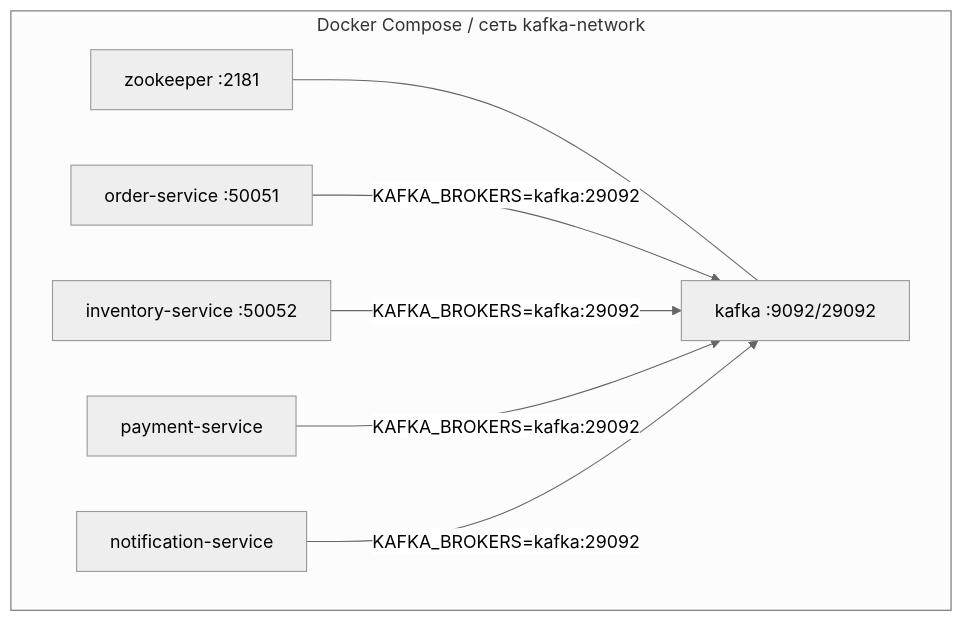
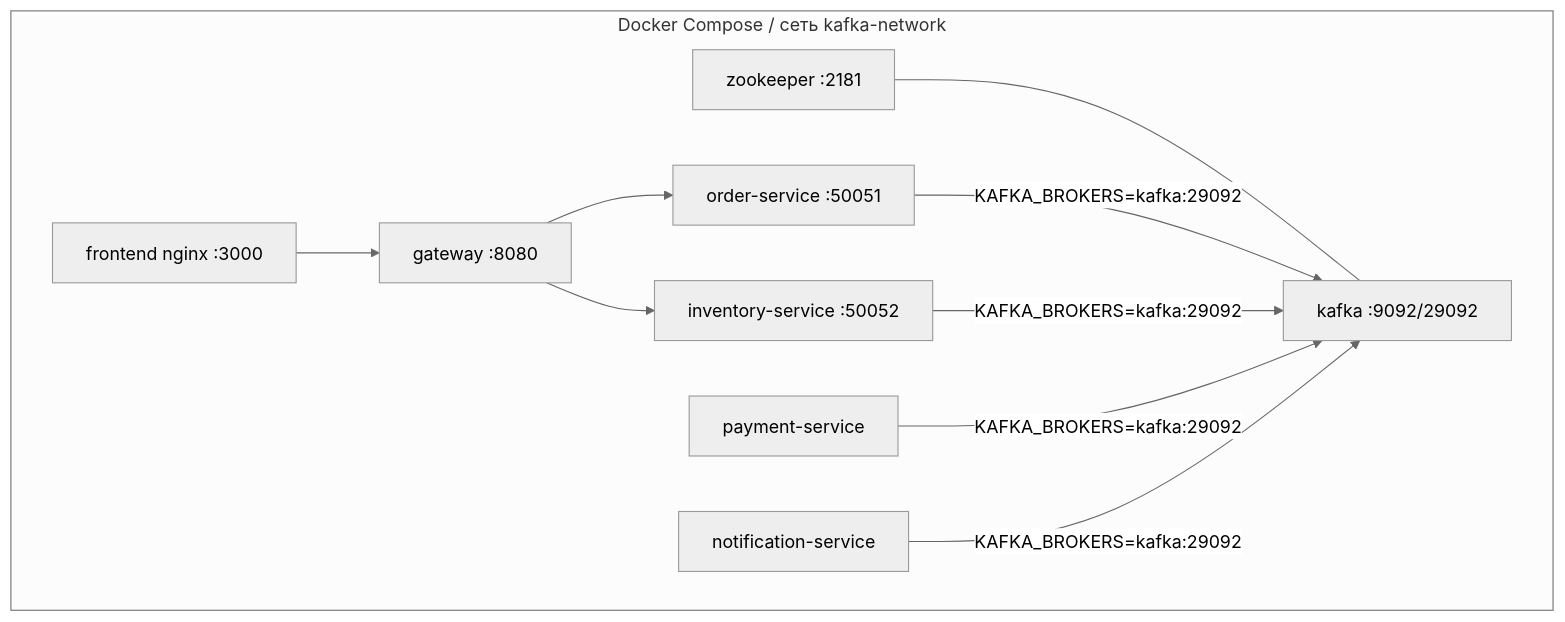
One commit to DragonZero000/Event-Driven-Order-Processing-System changed the fourth of 4 diagrams in README.md. Above: the diagram before and after it, drawn with Mermaid (neutral theme). The commit also changed other lines of this file and 16 other files, not shown here.

````diff
--- a/README.md
+++ b/README.md
@@ -126,11 +128,14 @@
 ```mermaid
 flowchart TB
     subgraph Docker Compose / сеть kafka-network
         ZK[zookeeper :2181] --- KF[kafka :9092/29092]
+        FE[frontend nginx :3000] --> GW[gateway :8080]
+        GW --> OS
+        GW --> IS
         OS[order-service :50051]
         IS[inventory-service :50052]
         PS[payment-service]
         NS[notification-service]
     end
     OS & IS & PS & NS -- KAFKA_BROKERS=kafka:29092 --> KF
 ```
````
